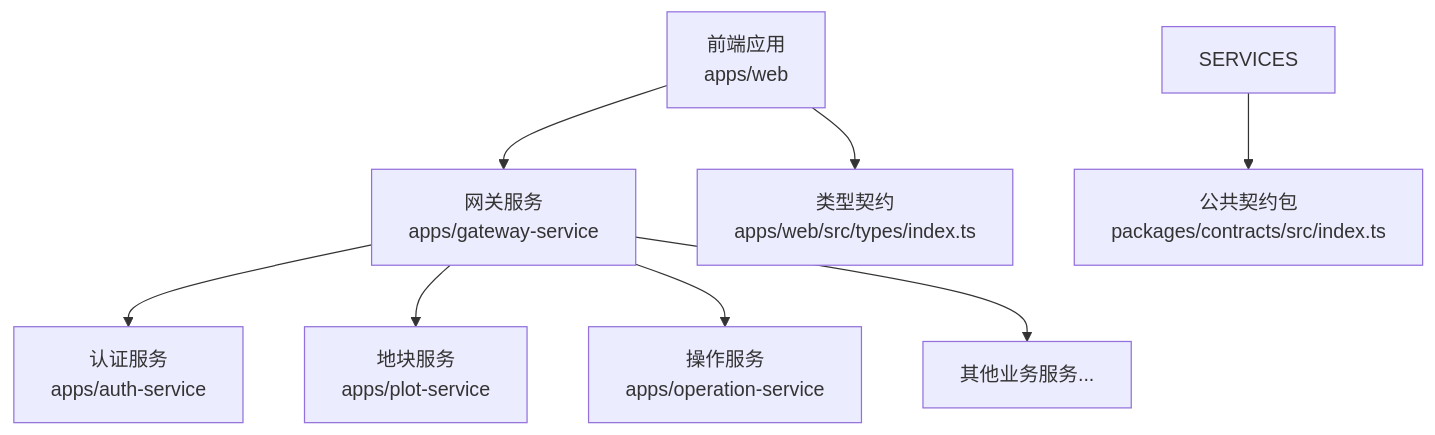
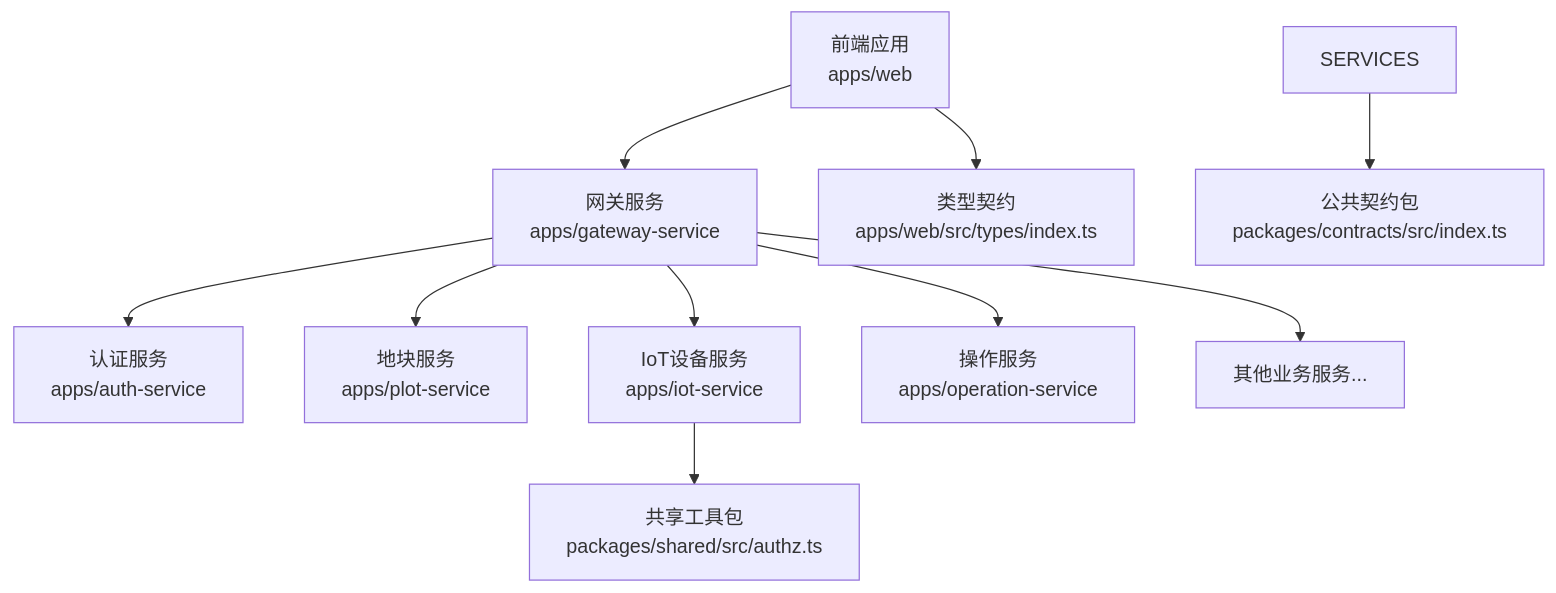
The first of 14 diagrams in .qoder/repowiki/zh/content/前端应用文档/API集成.md (q446328246/agri-platform), drawn with Mermaid before and after one commit. The commit also changed other lines of this file and 39 other files, not shown here.

````diff
--- a/.qoder/repowiki/zh/content/前端应用文档/API集成.md
+++ b/.qoder/repowiki/zh/content/前端应用文档/API集成.md
@@ -63,10 +69,12 @@
 ```mermaid
 graph TB
 FE["前端应用<br/>apps/web"] --> GW["网关服务<br/>apps/gateway-service"]
 GW --> AUTH["认证服务<br/>apps/auth-service"]
 GW --> PLOT["地块服务<br/>apps/plot-service"]
+GW --> IOT["IoT设备服务<br/>apps/iot-service"]
 GW --> OPERATION["操作服务<br/>apps/operation-service"]
 GW --> OTHER["其他业务服务..."]
 FE --> TYPES["类型契约<br/>apps/web/src/types/index.ts"]
 SERVICES --> CONTRACTS["公共契约包<br/>packages/contracts/src/index.ts"]
+IOT --> SHARED["共享工具包<br/>packages/shared/src/authz.ts"]
 ```
````
